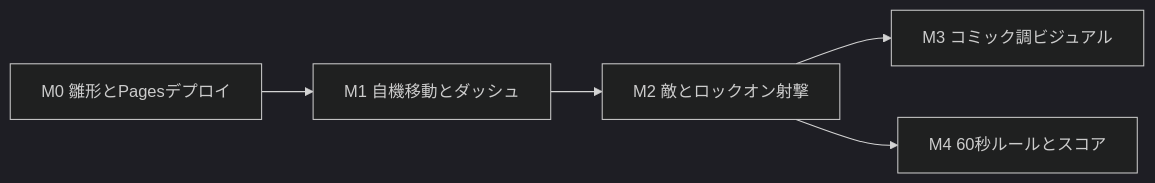
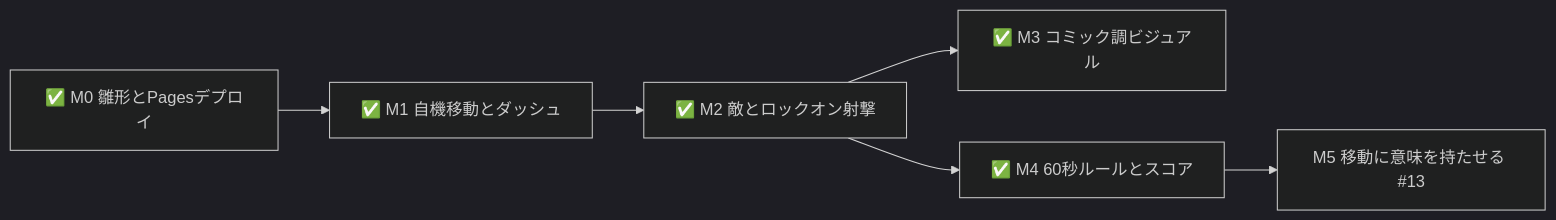
The diagram in PLAN.md (bubbleShaker/comic-troopers), drawn with Mermaid (dark theme) before and after one commit. The commit also changed other lines of this file and 2 other files, not shown here.

````diff
--- a/PLAN.md
+++ b/PLAN.md
@@ -50,7 +53,8 @@
 ```mermaid
 graph LR
-  M0[M0 雛形とPagesデプロイ] --> M1[M1 自機移動とダッシュ]
-  M1 --> M2[M2 敵とロックオン射撃]
-  M2 --> M3[M3 コミック調ビジュアル]
-  M2 --> M4[M4 60秒ルールとスコア]
+  M0[✅ M0 雛形とPagesデプロイ] --> M1[✅ M1 自機移動とダッシュ]
+  M1 --> M2[✅ M2 敵とロックオン射撃]
+  M2 --> M3[✅ M3 コミック調ビジュアル]
+  M2 --> M4[✅ M4 60秒ルールとスコア]
+  M4 --> M5[M5 移動に意味を持たせる #13]
 ```
````
